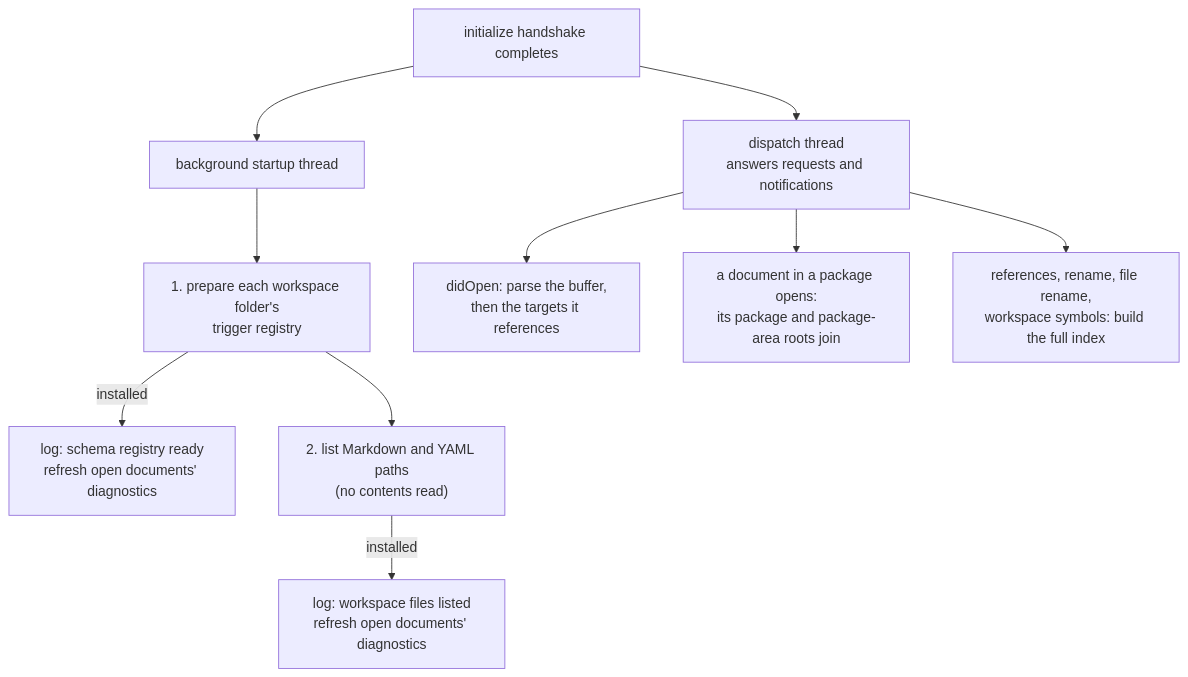
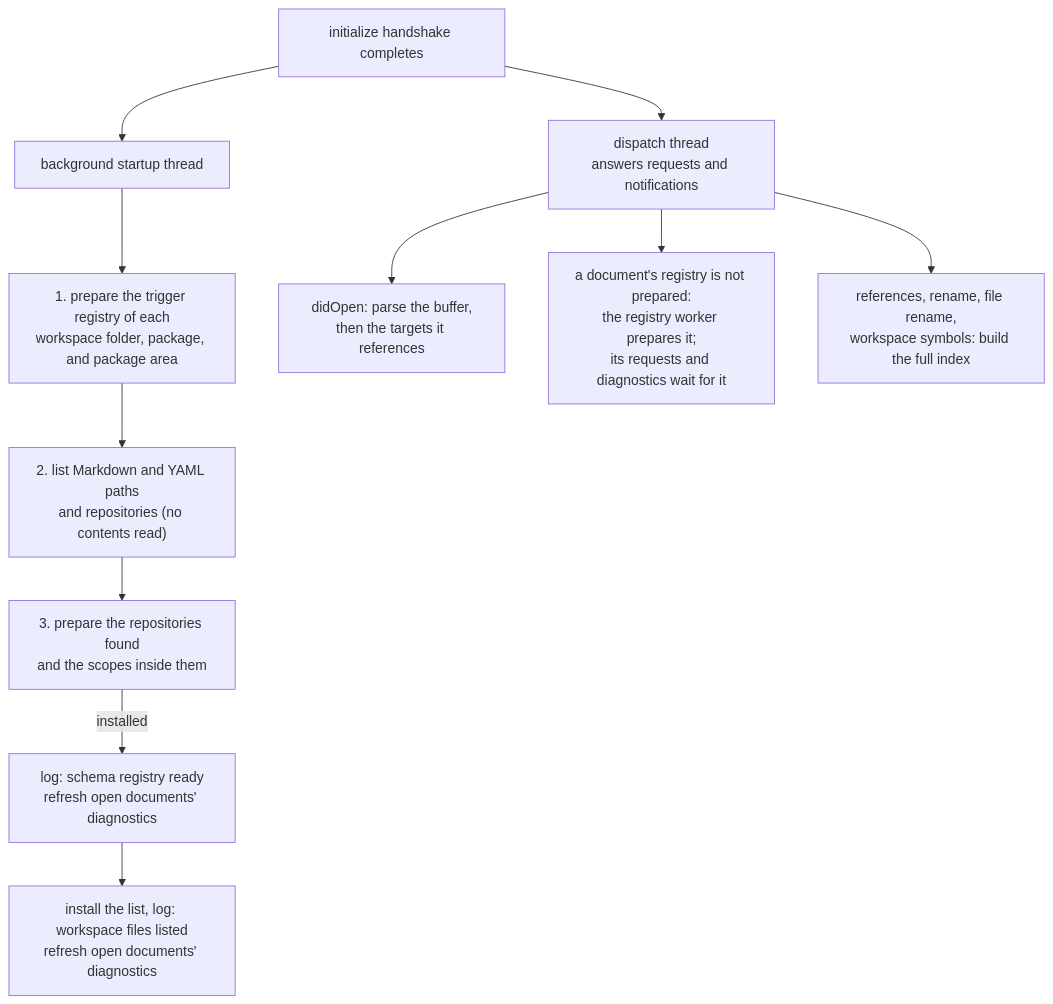
One commit to yankeeinlondon/rusty-biscuit changed the first of 4 diagrams in darkmatter/docs/lsp/indexing.md. Above: the diagram before and after it, drawn with Mermaid. The commit also changed other lines of this file and 62 other files, not shown here.

````diff
--- a/darkmatter/docs/lsp/indexing.md
+++ b/darkmatter/docs/lsp/indexing.md
@@ -46,12 +59,13 @@
 ```mermaid
 flowchart TD
     H["initialize handshake completes"] --> D["dispatch thread<br/>answers requests and notifications"]
     H --> S["background startup thread"]
-    S --> R["1. prepare each workspace folder's<br/>trigger registry"]
-    R -->|"installed"| RL["log: schema registry ready<br/>refresh open documents' diagnostics"]
-    R --> W["2. list Markdown and YAML paths<br/>(no contents read)"]
-    W -->|"installed"| WL["log: workspace files listed<br/>refresh open documents' diagnostics"]
+    S --> R["1. prepare the trigger registry of each<br/>workspace folder, package, and package area"]
+    R --> W["2. list Markdown and YAML paths<br/>and repositories (no contents read)"]
+    W --> N["3. prepare the repositories found<br/>and the scopes inside them"]
+    N -->|"installed"| RL["log: schema registry ready<br/>refresh open documents' diagnostics"]
+    RL --> WL["install the list, log: workspace files listed<br/>refresh open documents' diagnostics"]
     D --> O["didOpen: parse the buffer,<br/>then the targets it references"]
-    D --> P["a document in a package opens:<br/>its package and package-area roots join"]
+    D --> P["a document's registry is not prepared:<br/>the registry worker prepares it;<br/>its requests and diagnostics wait for it"]
     D --> F["references, rename, file rename,<br/>workspace symbols: build the full index"]
 ```
````
